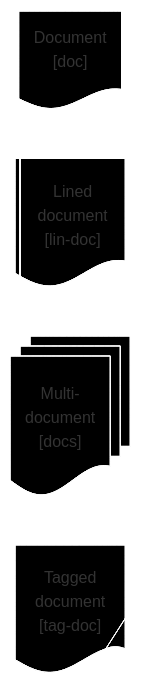
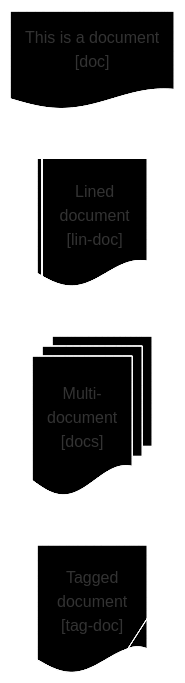
One commit to APrettyCoolProgram/aprettycoolprogram changed the fourth of 9 diagrams in profile/mermaid/mermaid-shapes.md. Above: the diagram before and after it, drawn with Mermaid. The commit also changed other lines of this file, not shown here.

````diff
--- a/profile/mermaid/mermaid-shapes.md
+++ b/profile/mermaid/mermaid-shapes.md
@@ -39,14 +121,14 @@
 ```mermaid
 flowchart LR
     %% Components
-    Document@{shape: doc, label: "Document\n[doc]"}
+    Document@{shape: doc, label: "This is a document\n[doc]"}
     LinedDocument@{shape: lin-doc, label: "Lined\ndocument\n[lin-doc]"}
     MultiDocument@{shape: docs, label: "Multi-\ndocument\n[docs]"}
     TaggedDocument@{shape: tag-doc, label: "Tagged\ndocument\n[tag-doc]"}
     %% Layout
     Document
     LinedDocument
     MultiDocument
     %% Styles
     classDef default fill:#000, stroke:#FFF, stroke-width:1px
 ```
````
